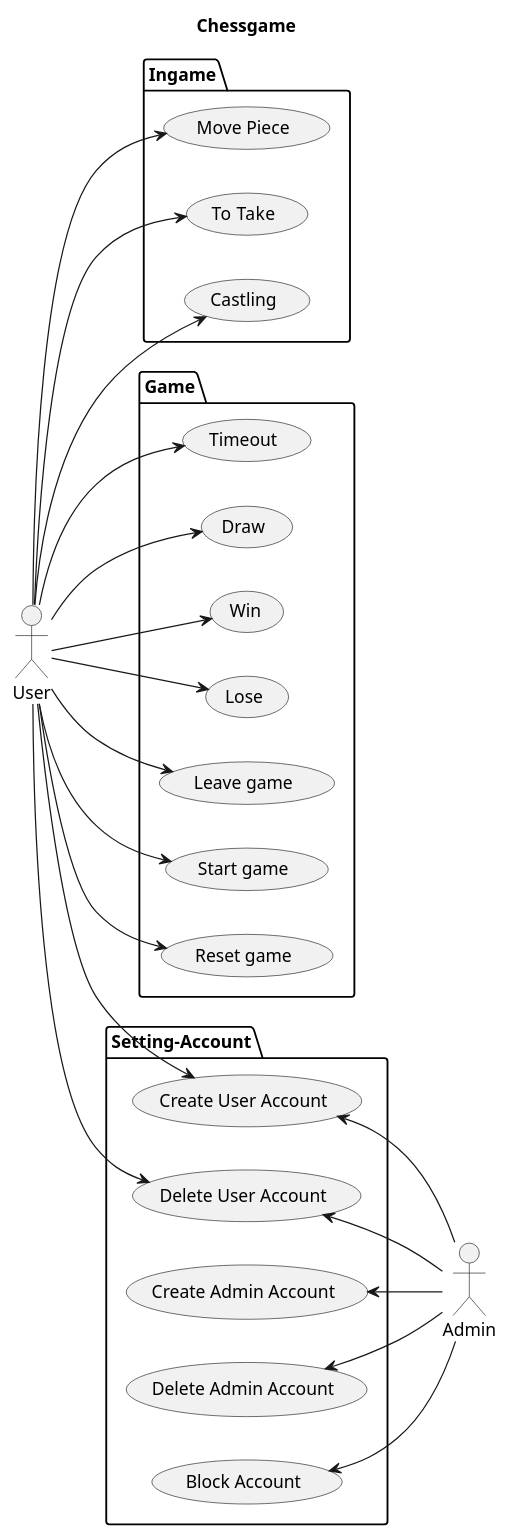
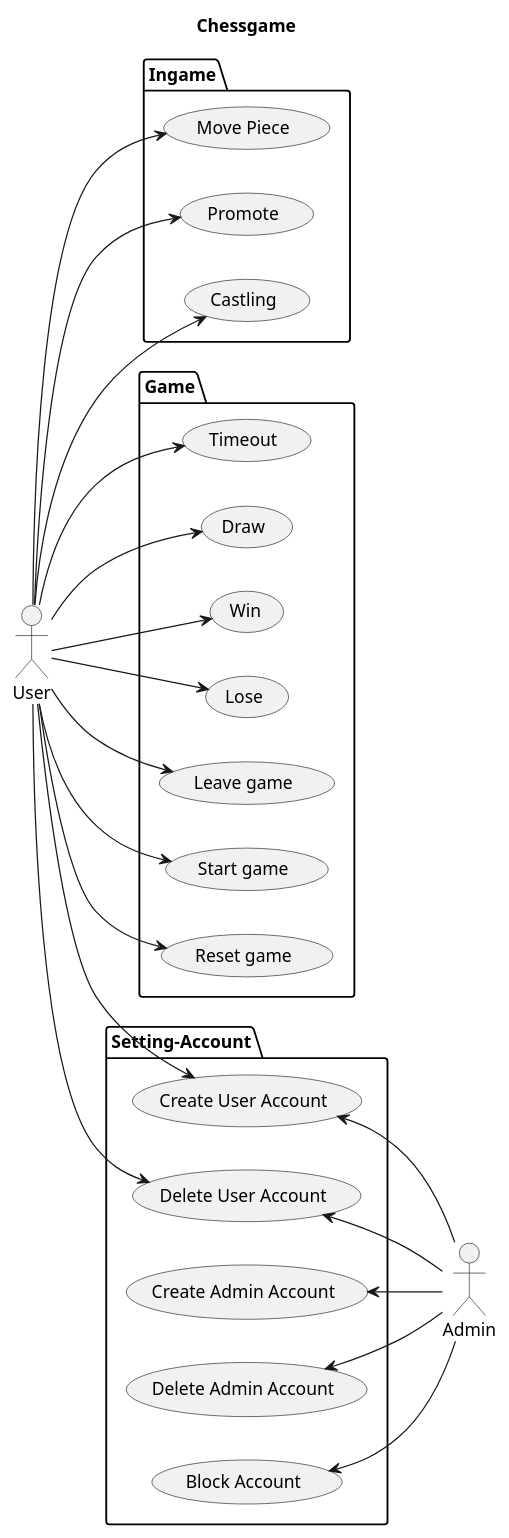
The diagram in chessGame/docs/diagrams/useCaseDiagram.wsd (kieutridang/set2023), drawn with PlantUML before and after one commit. The commit also changed 3 other files, not shown here.

Commit message:
Update spell and flowchart movePiece

```diff
--- a/chessGame/docs/diagrams/useCaseDiagram.wsd
+++ b/chessGame/docs/diagrams/useCaseDiagram.wsd
@@ -1,53 +1,52 @@
 @startuml
 title Chessgame
 
 :Admin: as admin
 :User: as user
 
 package Ingame {
   usecase "Move Piece" as move
-'   Phong cấp (Chốt xuống đáy đổi hậu)
-  usecase "To Take" as totake
+  usecase "Promote"
 '   Nhập thành (Vua và xe chuyển chỗ trong lần đầu)
   usecase "Castling" as castling
 }
 package Game {
   usecase "Timeout" as timeout
   usecase "Draw" as draw
   usecase "Win" as win
   usecase "Lose" as lose
   usecase "Leave game" as leave
   usecase "Start game" as start
   usecase "Reset game" as reset
 }
 package Setting-Account {
   usecase "Create User Account" as create1
   usecase "Delete User Account" as delete1
   usecase "Create Admin Account" as create2
   usecase "Delete Admin Account" as delete2
   usecase "Block Account" as block
 }
 
 
 left to right direction
 user --> move
-user --> totake
+user --> Promote
 user --> castling
 user --> timeout
 user --> draw
 user --> win
 user --> lose
 user --> leave
 user --> start
 user --> reset
 user --> create1
 user --> delete1
 
 
 create1 <-- admin
 delete1 <-- admin
 create2 <-- admin
 delete2 <-- admin
 block <-- admin
 
 @enduml
```
